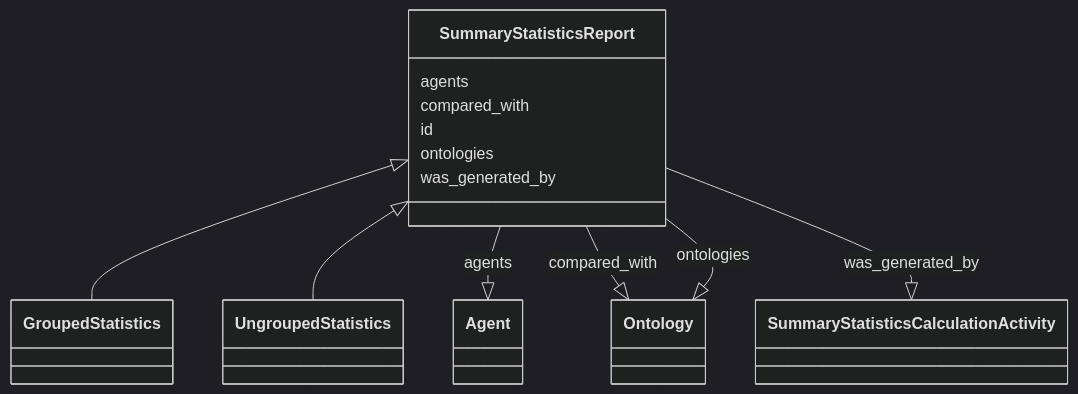
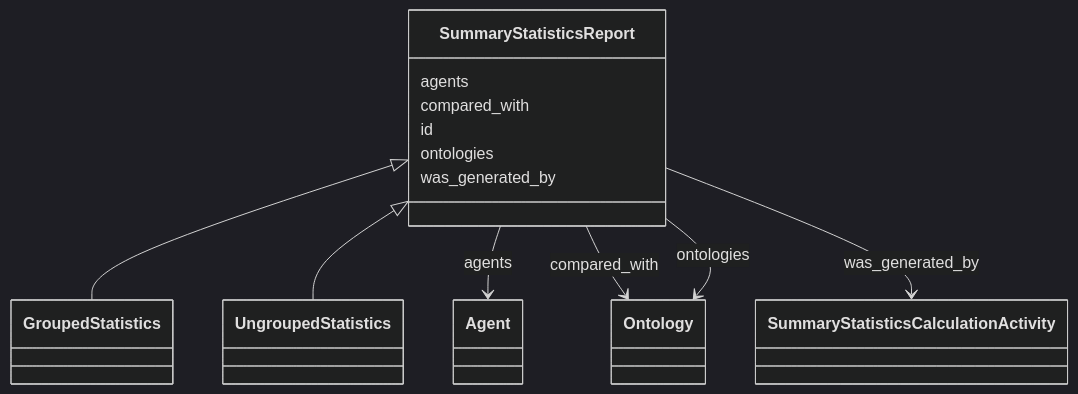
The diagram in summary-statistics/SummaryStatisticsReport.md (INCATools/ontology-access-kit), drawn with Mermaid (dark theme) before and after one commit. The commit also changed other lines of this file and 389 other files, not shown here.

````diff
--- a/summary-statistics/SummaryStatisticsReport.md
+++ b/summary-statistics/SummaryStatisticsReport.md
@@ -17,26 +17,26 @@
 ```{mermaid}
  classDiagram
     class SummaryStatisticsReport
       SummaryStatisticsReport <|-- GroupedStatistics
       SummaryStatisticsReport <|-- UngroupedStatistics
       
       SummaryStatisticsReport : agents
         
-          SummaryStatisticsReport --|> Agent : agents
+          SummaryStatisticsReport --> Agent : agents
         
       SummaryStatisticsReport : compared_with
         
-          SummaryStatisticsReport --|> Ontology : compared_with
+          SummaryStatisticsReport --> Ontology : compared_with
         
       SummaryStatisticsReport : id
         
       SummaryStatisticsReport : ontologies
         
-          SummaryStatisticsReport --|> Ontology : ontologies
+          SummaryStatisticsReport --> Ontology : ontologies
         
       SummaryStatisticsReport : was_generated_by
         
-          SummaryStatisticsReport --|> SummaryStatisticsCalculationActivity : was_generated_by
+          SummaryStatisticsReport --> SummaryStatisticsCalculationActivity : was_generated_by
         
       
 ```
````
